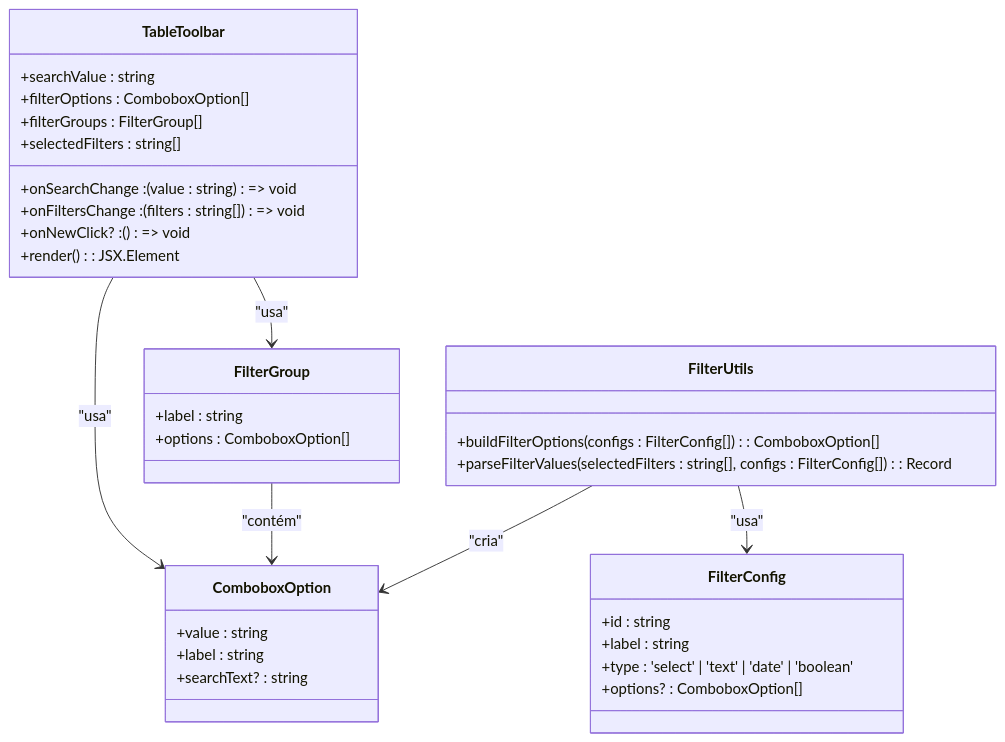
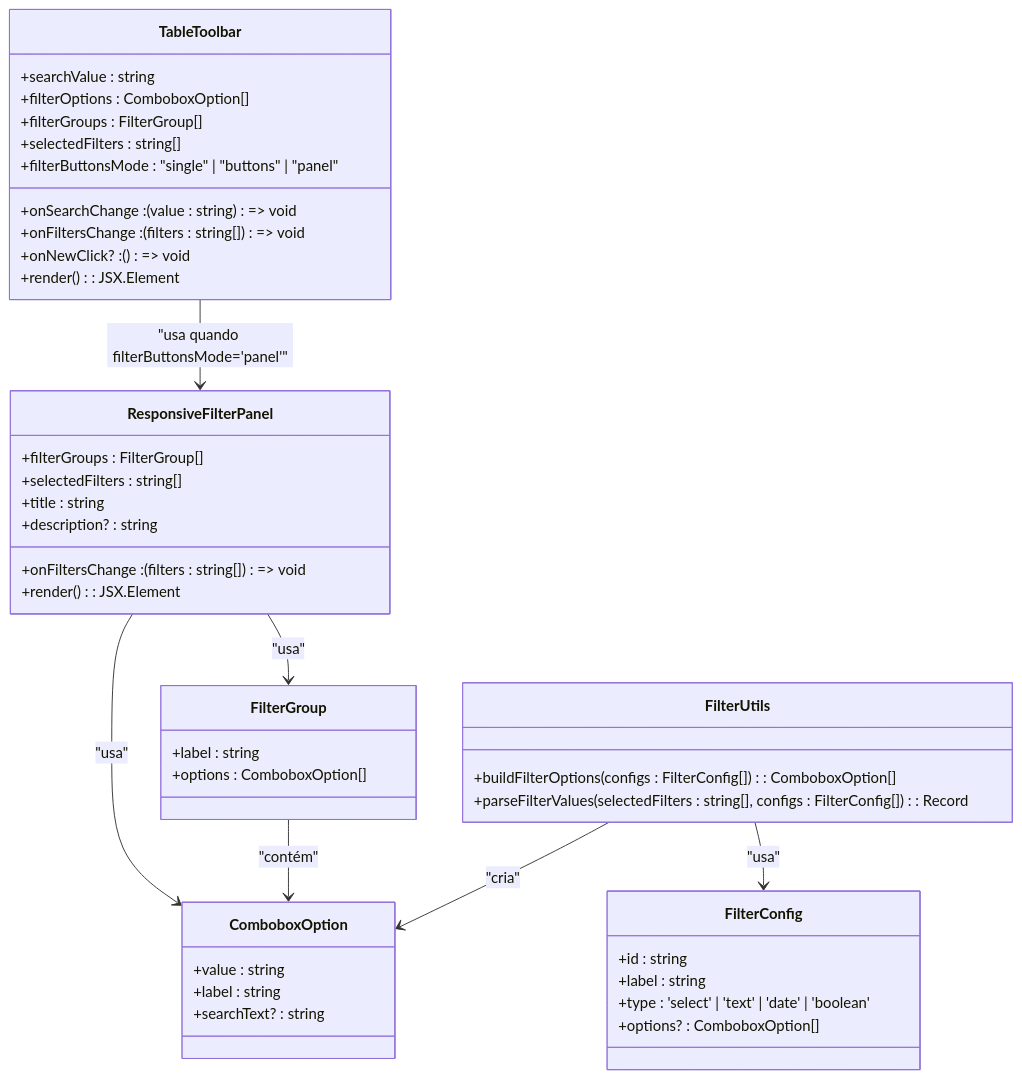
One commit to SinesysTech/diegobarbosa-os changed the first of 3 diagrams in .qoder/repowiki/pt/content/Arquitetura Frontend/Ui Filters Toolbar Redesign.md. Above: the diagram before and after it, drawn with Mermaid. The commit also changed other lines of this file and 22 other files, not shown here.

````diff
--- a/.qoder/repowiki/pt/content/Arquitetura Frontend/Ui Filters Toolbar Redesign.md
+++ b/.qoder/repowiki/pt/content/Arquitetura Frontend/Ui Filters Toolbar Redesign.md
@@ -58,37 +68,47 @@
 ```mermaid
 classDiagram
 class TableToolbar {
 +searchValue : string
 +onSearchChange : (value : string) => void
 +filterOptions : ComboboxOption[]
 +filterGroups : FilterGroup[]
 +selectedFilters : string[]
 +onFiltersChange : (filters : string[]) => void
 +onNewClick? : () => void
++filterButtonsMode : "single" | "buttons" | "panel"
++render() : JSX.Element
+}
+class ResponsiveFilterPanel {
++filterGroups : FilterGroup[]
++selectedFilters : string[]
++onFiltersChange : (filters : string[]) => void
++title : string
++description? : string
 +render() : JSX.Element
 }
 class FilterConfig {
 +id : string
 +label : string
 +type : 'select' | 'text' | 'date' | 'boolean'
 +options? : ComboboxOption[]
 }
 class ComboboxOption {
 +value : string
 +label : string
 +searchText? : string
 }
 class FilterGroup {
 +label : string
 +options : ComboboxOption[]
 }
 class FilterUtils {
 +buildFilterOptions(configs : FilterConfig[]) : ComboboxOption[]
 +parseFilterValues(selectedFilters : string[], configs : FilterConfig[]) : Record<string, any>
 }
-TableToolbar --> FilterGroup : "usa"
-TableToolbar --> ComboboxOption : "usa"
+TableToolbar --> ResponsiveFilterPanel : "usa quando filterButtonsMode='panel'"
+ResponsiveFilterPanel --> FilterGroup : "usa"
+ResponsiveFilterPanel --> ComboboxOption : "usa"
 FilterGroup --> ComboboxOption : "contém"
 FilterUtils --> FilterConfig : "usa"
 FilterUtils --> ComboboxOption : "cria"
 ```
````
